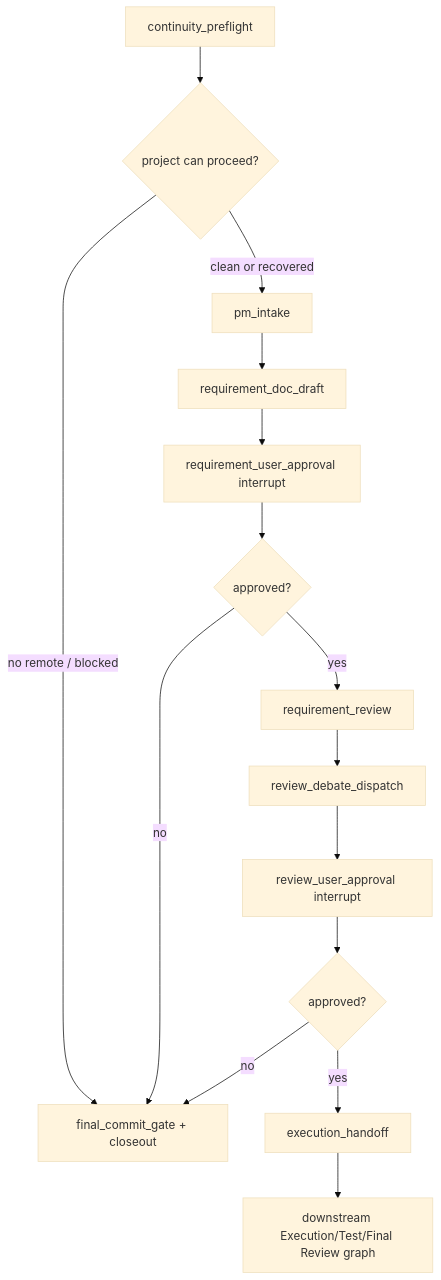
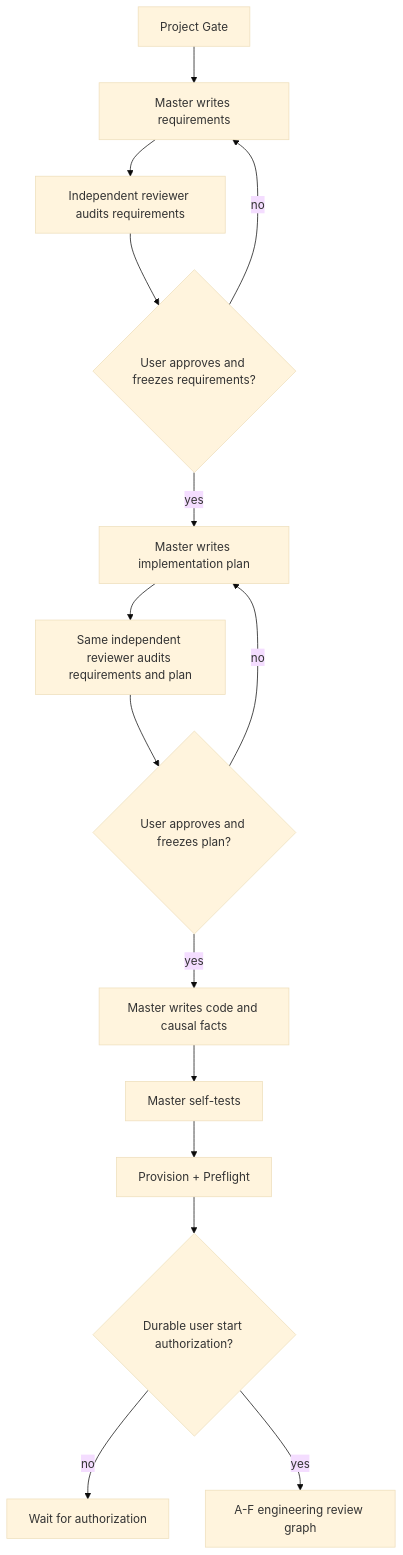
The diagram in docs/module_designs/master/en/MASTER_MODULE_DESIGN.md (rain-123-bow/aegis), drawn with Mermaid (base theme) before and after one commit. The commit also changed other lines of this file and 74 other files, not shown here.

````diff
--- a/docs/module_designs/master/en/MASTER_MODULE_DESIGN.md
+++ b/docs/module_designs/master/en/MASTER_MODULE_DESIGN.md
@@ -3,17 +6,17 @@
 ```mermaid
 flowchart TD
-  A["continuity_preflight"] --> B{"project can proceed?"}
-  B -- "no remote / blocked" --> Z["final_commit_gate + closeout"]
-  B -- "clean or recovered" --> C["pm_intake"]
-  C --> D["requirement_doc_draft"]
-  D --> E["requirement_user_approval interrupt"]
-  E --> F{"approved?"}
-  F -- "no" --> Z
-  F -- "yes" --> G["requirement_review"]
-  G --> H["review_debate_dispatch"]
-  H --> I["review_user_approval interrupt"]
-  I --> J{"approved?"}
-  J -- "no" --> Z
-  J -- "yes" --> K["execution_handoff"]
-  K --> L["downstream Execution/Test/Final Review graph"]
+  A["Project Gate"] --> B["Master writes requirements"]
+  B --> C["Independent reviewer audits requirements"]
+  C --> D{"User approves and freezes requirements?"}
+  D -- "no" --> B
+  D -- "yes" --> E["Master writes implementation plan"]
+  E --> F["Same independent reviewer audits requirements and plan"]
+  F --> G{"User approves and freezes plan?"}
+  G -- "no" --> E
+  G -- "yes" --> H["Master writes code and causal facts"]
+  H --> I["Master self-tests"]
+  I --> J["Provision + Preflight"]
+  J --> K{"Durable user start authorization?"}
+  K -- "no" --> Z["Wait for authorization"]
+  K -- "yes" --> L["A-F engineering review graph"]
 ```
````
